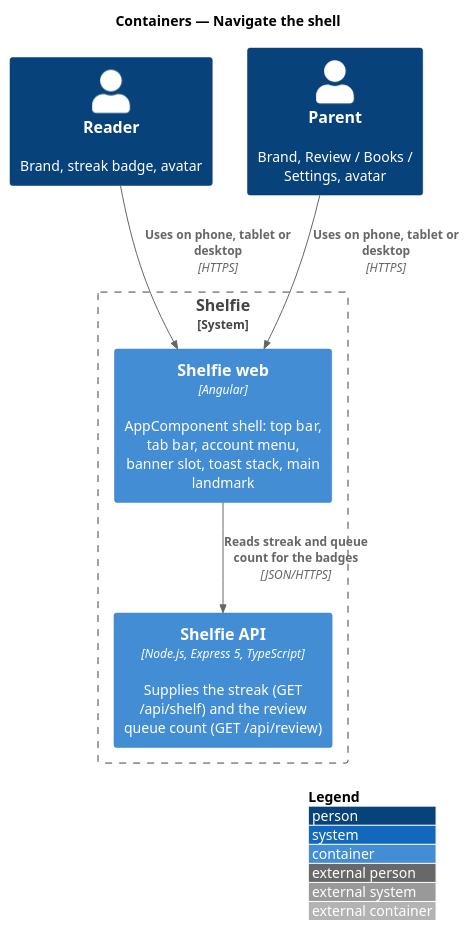
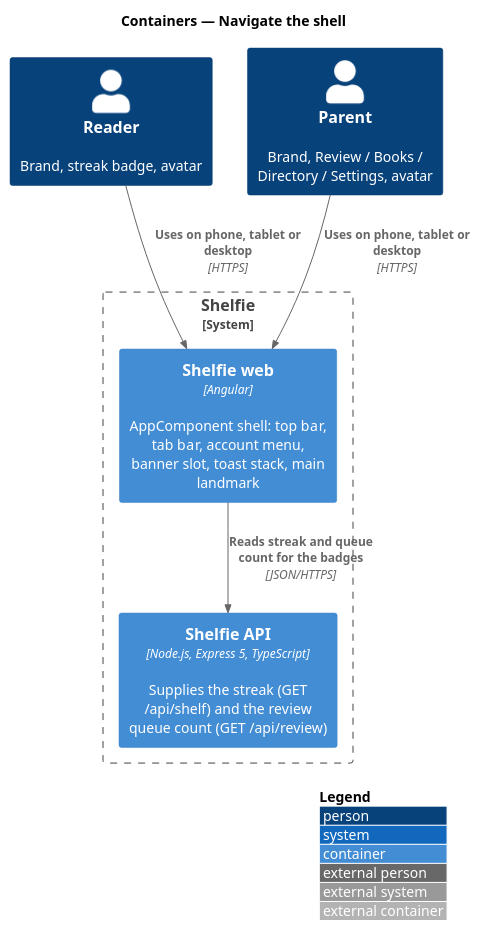
Before and after one commit to QuinntyneBrown/shelfie: the diagram in docs/detailed-designs/shell/navigate-shell/diagrams/c4-container.puml, drawn with PlantUML. The commit also changed 74 other files, not shown here.

First line of the commit message:
Detailed designs and estimates: author and volunteer profiles, the parent's directory, profile approval

```diff
--- a/docs/detailed-designs/shell/navigate-shell/diagrams/c4-container.puml
+++ b/docs/detailed-designs/shell/navigate-shell/diagrams/c4-container.puml
@@ -1,15 +1,15 @@
 @startuml
 !include <C4/C4_Container>
 LAYOUT_WITH_LEGEND()
 title Containers — Navigate the shell
 
 Person(reader, "Reader", "Brand, streak badge, avatar")
-Person(grownUp, "Parent", "Brand, Review / Books / Settings, avatar")
+Person(grownUp, "Parent", "Brand, Review / Books / Directory / Settings, avatar")
 System_Boundary(shelfie, "Shelfie") {
   Container(web, "Shelfie web", "Angular", "AppComponent shell: top bar, tab bar, account menu, banner slot, toast stack, main landmark")
   Container(api, "Shelfie API", "Node.js, Express 5, TypeScript", "Supplies the streak (GET /api/shelf) and the review queue count (GET /api/review)")
 }
 Rel(reader, web, "Uses on phone, tablet or desktop", "HTTPS")
 Rel(grownUp, web, "Uses on phone, tablet or desktop", "HTTPS")
 Rel(web, api, "Reads streak and queue count for the badges", "JSON/HTTPS")
 @enduml
```
